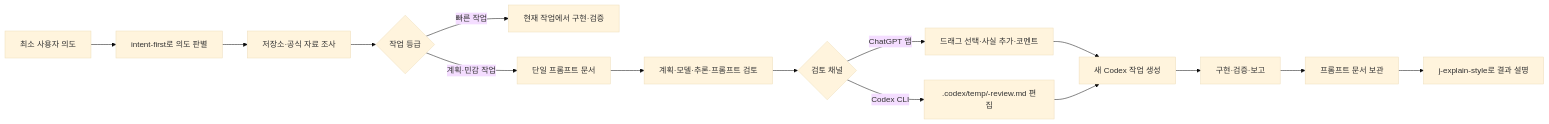
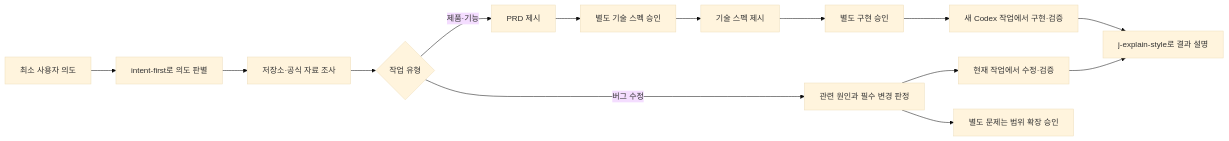
One commit to j-token/j-token-codex-workflow-kit changed the diagram in README.md. Above: the diagram before and after it, drawn with Mermaid (base theme). The commit also changed other lines of this file and 17 other files, not shown here.

Commit message:
feat: 워크플로우 승인 경계 재구성

````diff
--- a/README.md
+++ b/README.md
@@ -32,17 +41,16 @@
 ```mermaid
 flowchart LR
     A["최소 사용자 의도"] --> A1["intent-first로 의도 판별"]
     A1 --> B["저장소·공식 자료 조사"]
-    B --> C{"작업 등급"}
-    C -- "빠른 작업" --> D["현재 작업에서 구현·검증"]
-    C -- "계획·민감 작업" --> E["단일 프롬프트 문서"]
-    E --> F["계획·모델·추론·프롬프트 검토"]
-    F --> R{"검토 채널"}
-    R -- "ChatGPT 앱" --> A2["드래그 선택·사실 추가·코멘트"]
-    R -- "Codex CLI" --> C2[".codex/temp/<slug>-review.md 편집"]
-    A2 --> G["새 Codex 작업 생성"]
-    C2 --> G
-    G --> H["구현·검증·보고"]
-    H --> I["프롬프트 문서 보관"]
-    I --> J["j-explain-style로 결과 설명"]
+    B --> C{"작업 유형"}
+    C -- "제품·기능" --> D["PRD 제시"]
+    D --> E["별도 기술 스펙 승인"]
+    E --> F["기술 스펙 제시"]
+    F --> G["별도 구현 승인"]
+    G --> H["새 Codex 작업에서 구현·검증"]
+    C -- "버그 수정" --> I["관련 원인과 필수 변경 판정"]
+    I --> J["현재 작업에서 수정·검증"]
+    I --> K["별도 문제는 범위 확장 승인"]
+    H --> L["j-explain-style로 결과 설명"]
+    J --> L
 ```
````
